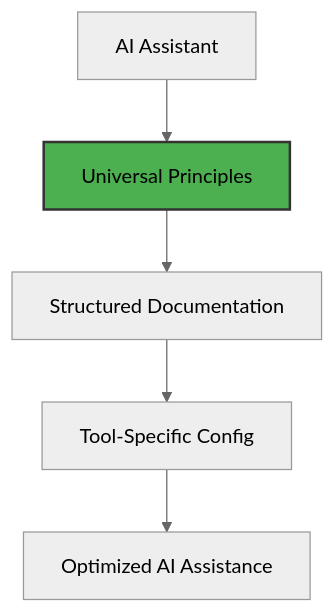
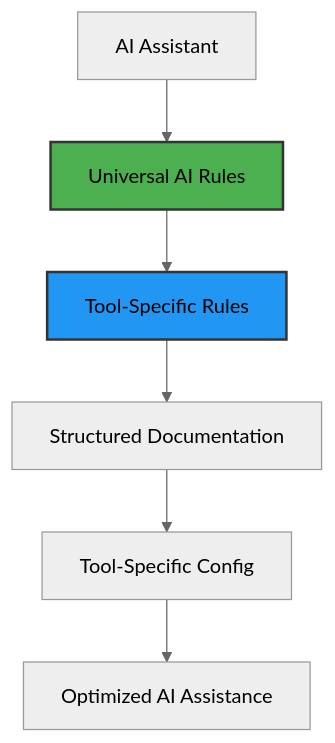
One commit to dBianchii/kodix-turbo changed the diagram in docs/ai-assistants/README.md. Above: the diagram before and after it, drawn with Mermaid (neutral theme). The commit also changed other lines of this file and 24 other files, not shown here.

````diff
--- a/docs/ai-assistants/README.md
+++ b/docs/ai-assistants/README.md
@@ -101,9 +108,11 @@
 ```mermaid
 graph TD
-    A["AI Assistant"] --> B["Universal Principles"]
-    B --> C["Structured Documentation"]
-    C --> D["Tool-Specific Config"]
-    D --> E["Optimized AI Assistance"]
+    A["AI Assistant"] --> B["Universal AI Rules"]
+    B --> C["Tool-Specific Rules"]
+    C --> D["Structured Documentation"]
+    D --> E["Tool-Specific Config"]
+    E --> F["Optimized AI Assistance"]
 
     style B fill:#4CAF50,stroke:#333,stroke-width:2px
+    style C fill:#2196F3,stroke:#333,stroke-width:2px
 ```
````
